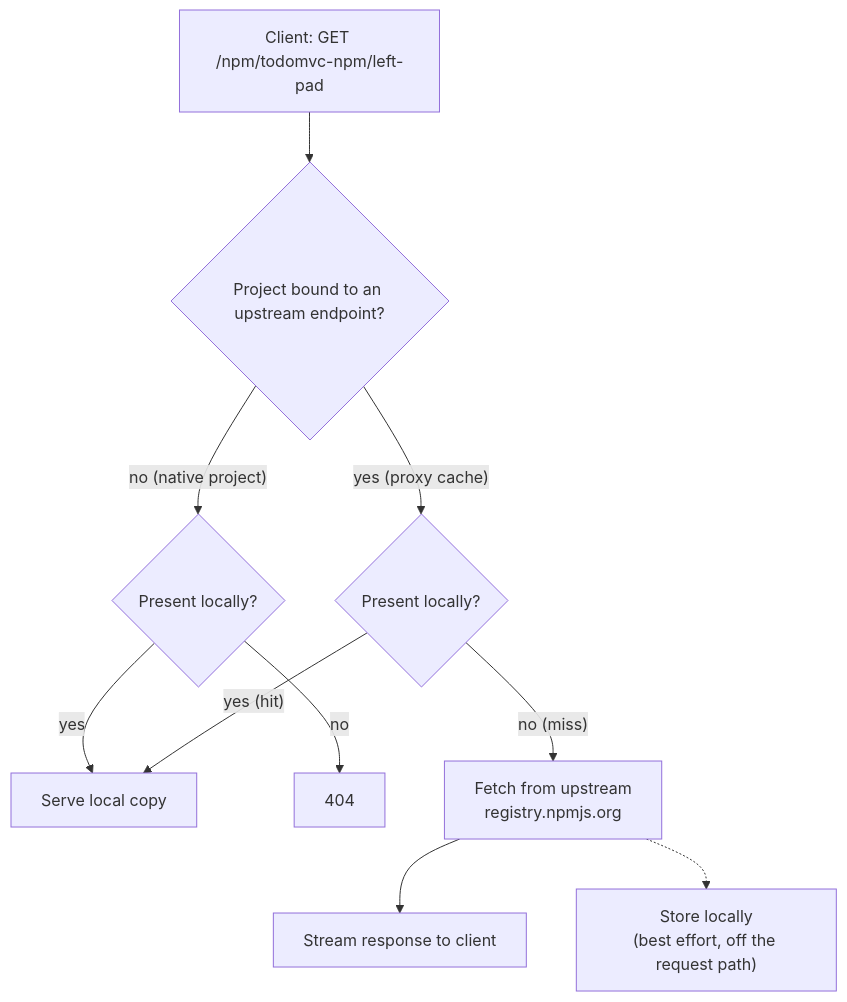
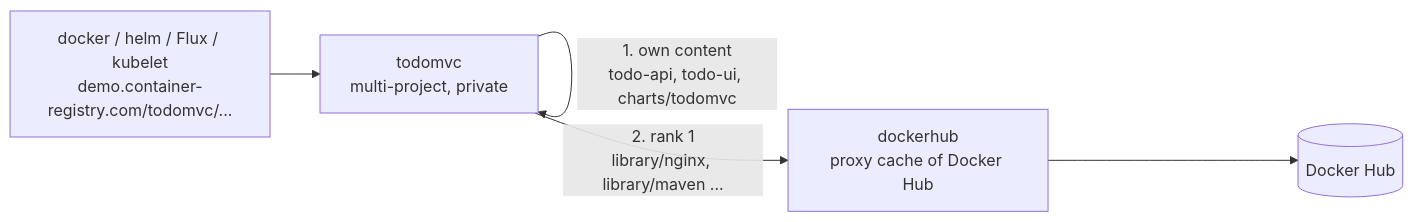
Before and after one commit to container-registry/harbor-multi-artifact-support-examples: the diagram in docs/01-concepts.md, drawn with Mermaid. The commit also changed other lines of this file and 52 other files, not shown here.

First line of the commit message:
docs: one linear walkthrough for the 2.16 flow, verified on the demo

````diff
--- a/docs/01-concepts.md
+++ b/docs/01-concepts.md
@@ -51,12 +35,7 @@
 ```mermaid
-flowchart TD
-    A["Client: GET /npm/todomvc-npm/left-pad"] --> B{"Project bound to an upstream endpoint?"}
-    B -- "no (native project)" --> C{"Present locally?"}
-    C -- yes --> D["Serve local copy"]
-    C -- no --> E["404"]
-    B -- "yes (proxy cache)" --> F{"Present locally?"}
-    F -- "yes (hit)" --> D
-    F -- "no (miss)" --> G["Fetch from upstream<br/>registry.npmjs.org"]
-    G --> H["Stream response to client"]
-    G -.-> I["Store locally<br/>(best effort, off the request path)"]
+flowchart LR
+    C["docker / helm / Flux / kubelet<br/>demo.container-registry.com/todomvc/..."] --> M["todomvc<br/>multi-project, private"]
+    M -- "1. own content<br/>todo-api, todo-ui, charts/todomvc" --> M
+    M -- "2. rank 1<br/>library/nginx, library/maven ..." --> D["dockerhub<br/>proxy cache of Docker Hub"]
+    D --> H[(Docker Hub)]
 ```
````
